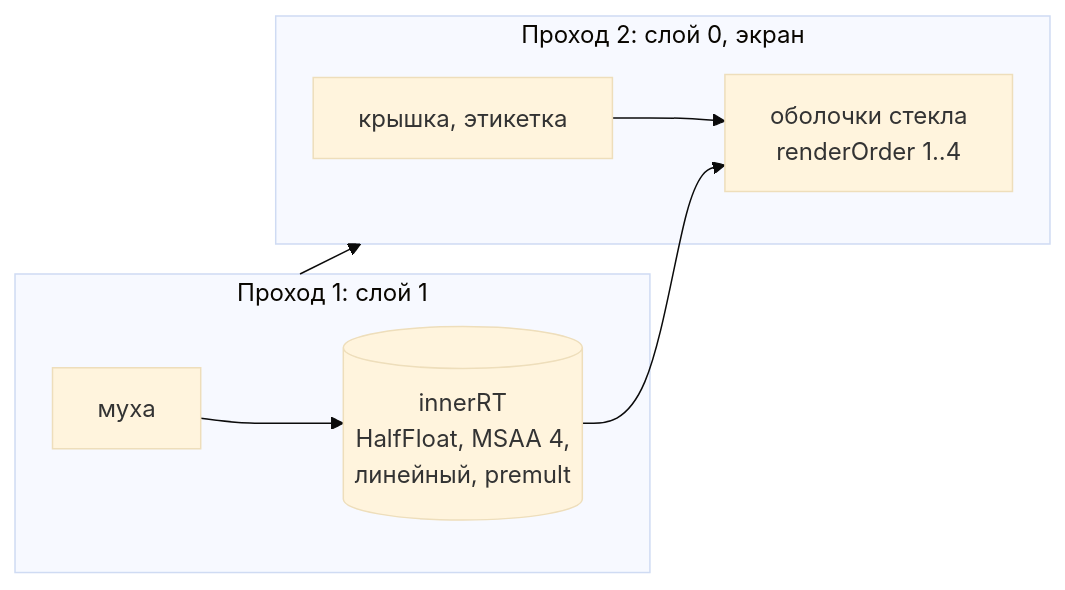
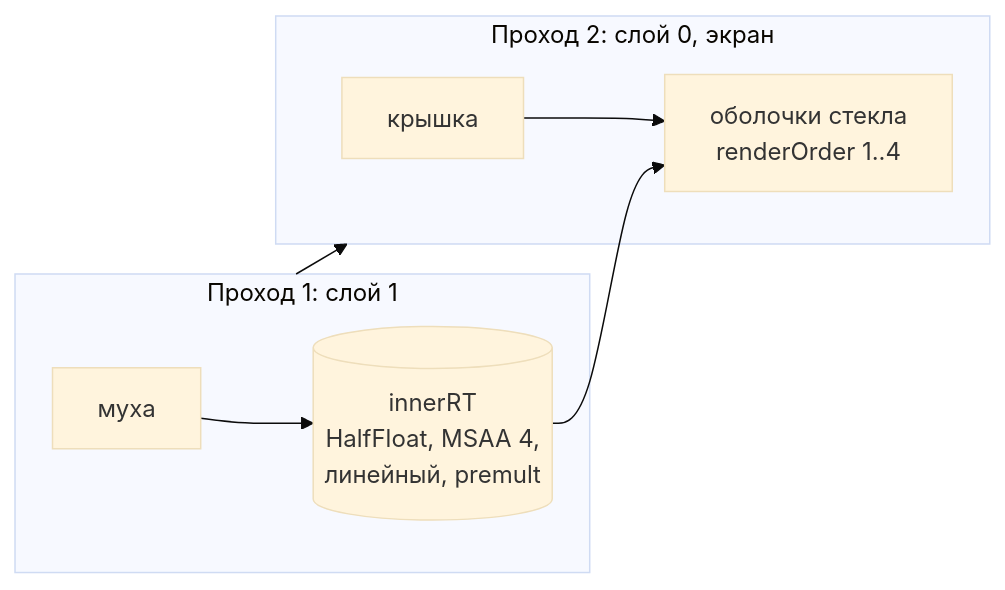
Before and after one commit to dimm0909/fly-in-the-bottle: the diagram in docs/rendering.md, drawn with Mermaid (base theme). The commit also changed other lines of this file and 80 other files, not shown here.

````diff
--- a/docs/rendering.md
+++ b/docs/rendering.md
@@ -21,11 +21,11 @@
 ```{mermaid}
 flowchart LR
     subgraph P1[Проход 1: слой 1]
         fly[муха] --> rt[(innerRT<br/>HalfFloat, MSAA 4,<br/>линейный, premult)]
     end
     subgraph P2[Проход 2: слой 0, экран]
-        opaque[крышка, этикетка] --> shells[оболочки стекла<br/>renderOrder 1..4]
+        opaque[крышка] --> shells[оболочки стекла<br/>renderOrder 1..4]
         rt --> shells
     end
     P1 --> P2
 ```
````
